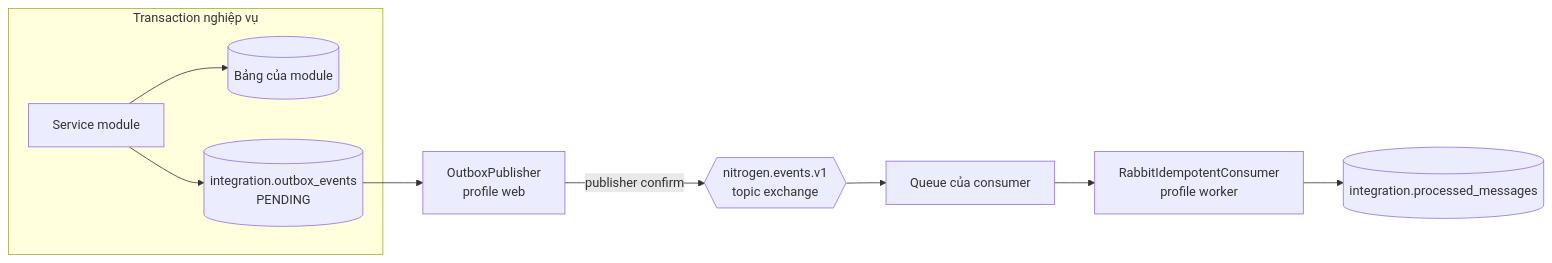
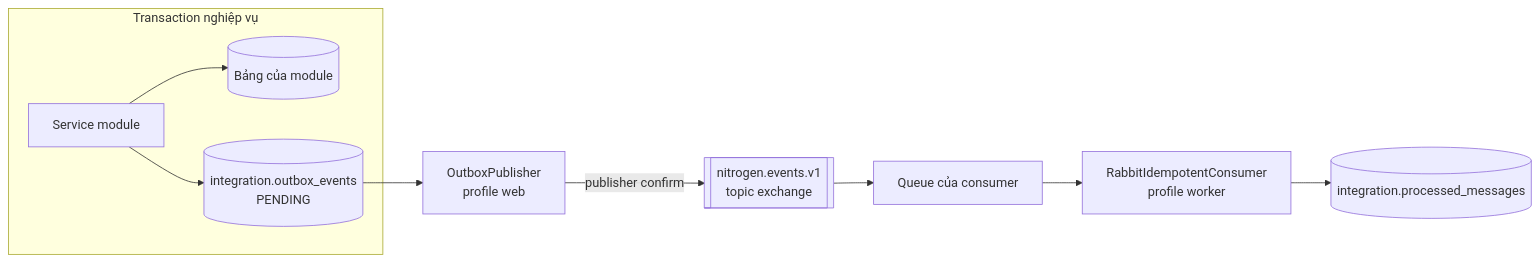
Before and after one commit to nitrogen-nit/nitrogen-backend: the first of 3 diagrams in docs/design/messaging.md, drawn with Mermaid. The commit also changed 4 other files, not shown here.

````diff
--- a/docs/design/messaging.md
+++ b/docs/design/messaging.md
@@ -12,12 +12,12 @@
 ```mermaid
 flowchart LR
     subgraph TX[Transaction nghiệp vụ]
         S[Service module] --> D[(Bảng của module)]
         S --> O[(integration.outbox_events<br/>PENDING)]
     end
     O --> P[OutboxPublisher<br/>profile web]
-    P -->|publisher confirm| X{{nitrogen.events.v1<br/>topic exchange}}
+    P -->|publisher confirm| X[["nitrogen.events.v1<br/>topic exchange"]]
     X --> Q[Queue của consumer]
     Q --> C[RabbitIdempotentConsumer<br/>profile worker]
     C --> PM[(integration.processed_messages)]
 ```
````
